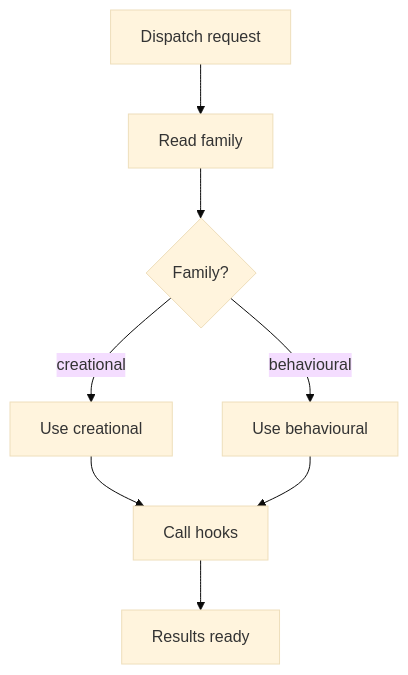
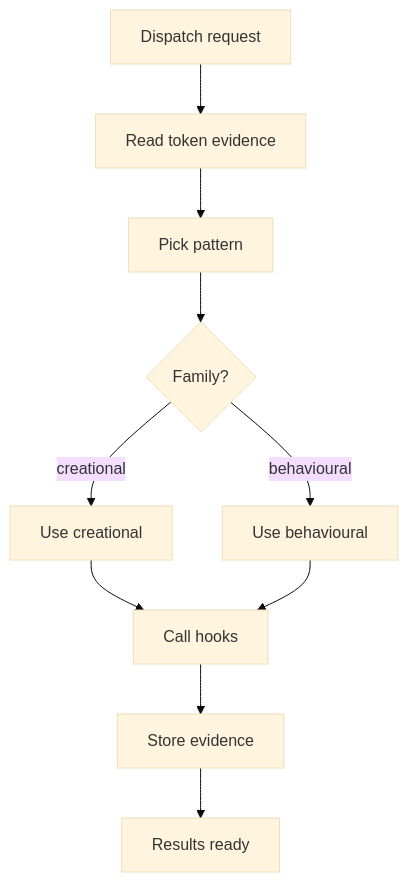
The first of 3 diagrams in docs/Codebase/Microservice/Modules/Source/Analysis/Patterns/Middleman/Dispatcher/pattern_hook_dispatcher.cpp.md (JohnAndrewBalbarosa/NeoTerritory), drawn with Mermaid (base theme) before and after one commit. The commit also changed other lines of this file and 182 other files, not shown here.

````diff
--- a/docs/Codebase/Microservice/Modules/Source/Analysis/Patterns/Middleman/Dispatcher/pattern_hook_dispatcher.cpp.md
+++ b/docs/Codebase/Microservice/Modules/Source/Analysis/Patterns/Middleman/Dispatcher/pattern_hook_dispatcher.cpp.md
@@ -10,17 +10,21 @@
 ```mermaid
 flowchart TD
     Start["Dispatch request"]
-    N0["Read family"]
+    N0["Read token evidence"]
+    N1["Pick pattern"]
     D0{"Family?"}
-    N1["Use creational"]
-    N2["Use behavioural"]
-    N3["Call hooks"]
+    N2["Use creational"]
+    N3["Use behavioural"]
+    N4["Call hooks"]
+    N5["Store evidence"]
     End["Results ready"]
     Start --> N0
-    N0 --> D0
-    D0 -->|creational| N1
-    D0 -->|behavioural| N2
-    N1 --> N3
-    N2 --> N3
-    N3 --> End
+    N0 --> N1
+    N1 --> D0
+    D0 -->|creational| N2
+    D0 -->|behavioural| N3
+    N2 --> N4
+    N3 --> N4
+    N4 --> N5
+    N5 --> End
 ```
````
